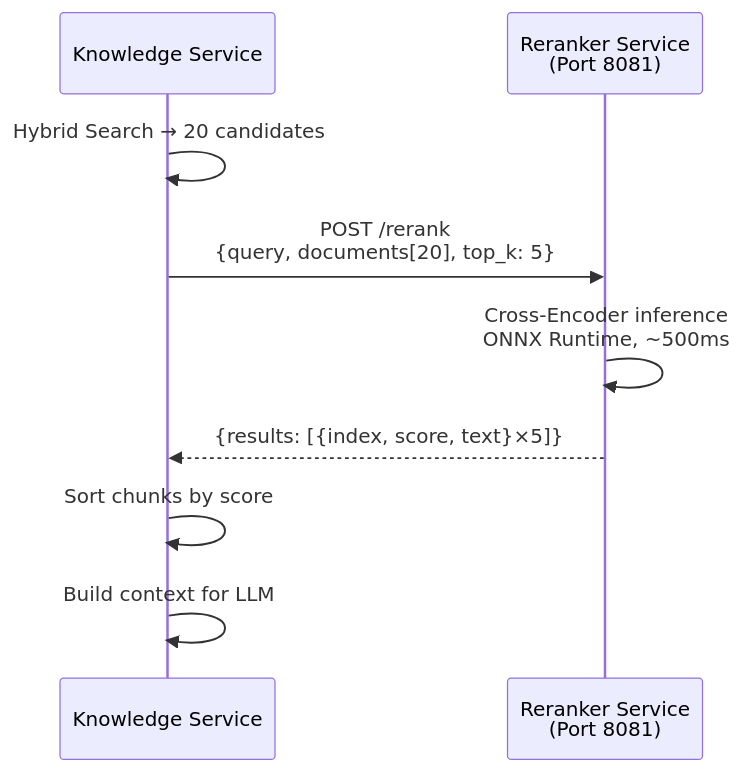
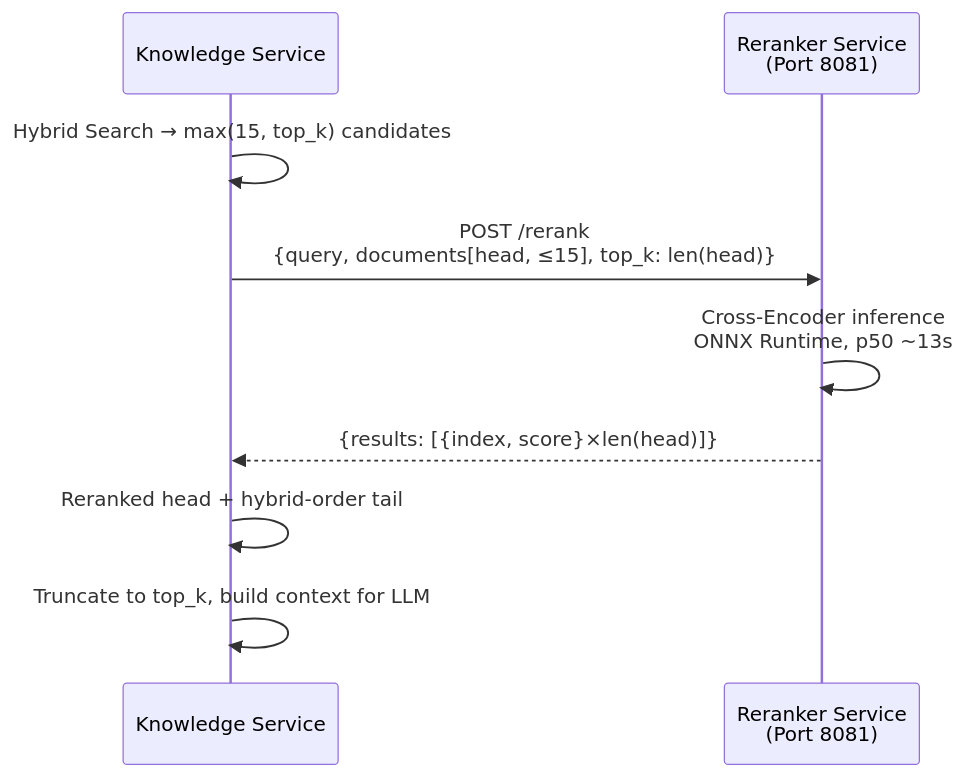
One commit to nolte/kamerplanter changed the second of 3 diagrams in docs/de/architecture/ai-architecture.md. Above: the diagram before and after it, drawn with Mermaid. The commit also changed other lines of this file and 17 other files, not shown here.

````diff
--- a/docs/de/architecture/ai-architecture.md
+++ b/docs/de/architecture/ai-architecture.md
@@ -286,12 +286,12 @@
 ```mermaid
 sequenceDiagram
     participant KS as Knowledge Service
     participant RE as Reranker Service<br/>(Port 8081)
 
-    KS->>KS: Hybrid Search → 20 candidates
-    KS->>RE: POST /rerank<br/>{query, documents[20], top_k: 5}
-    RE->>RE: Cross-Encoder inference<br/>ONNX Runtime, ~500ms
-    RE-->>KS: {results: [{index, score, text}×5]}
-    KS->>KS: Sort chunks by score
-    KS->>KS: Build context for LLM
+    KS->>KS: Hybrid Search → max(15, top_k) candidates
+    KS->>RE: POST /rerank<br/>{query, documents[head, ≤15], top_k: len(head)}
+    RE->>RE: Cross-Encoder inference<br/>ONNX Runtime, p50 ~13s
+    RE-->>KS: {results: [{index, score}×len(head)]}
+    KS->>KS: Reranked head + hybrid-order tail
+    KS->>KS: Truncate to top_k, build context for LLM
 ```
````
